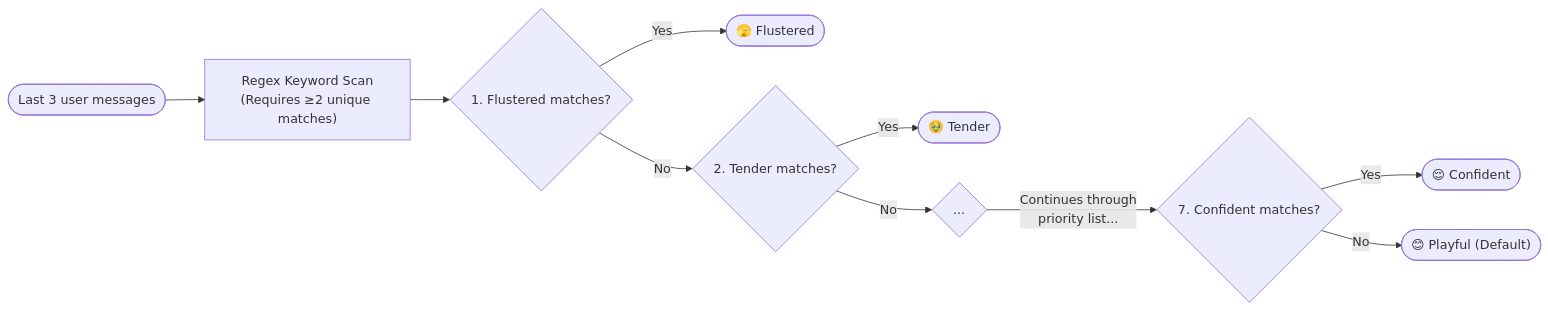
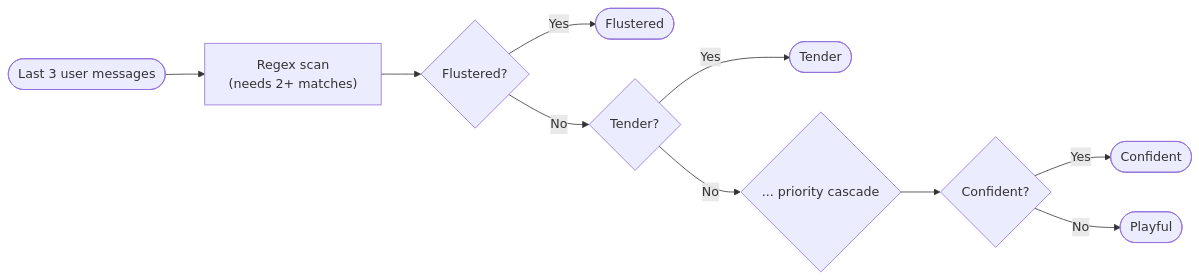
One commit to AlaskanTuna/rokabot changed the sixth of 6 diagrams in README.md. Above: the diagram before and after it, drawn with Mermaid. The commit also changed other lines of this file, not shown here.

Commit message:
docs: update README to reflect current ADK architecture and features

````diff
--- a/README.md
+++ b/README.md
@@ -166,16 +149,12 @@
 ```mermaid
 flowchart LR
-    Input(["Last 3 user messages"]) --> Scan["Regex Keyword Scan\n(Requires ≥2 unique matches)"]
-
-    Scan --> CheckFlustered{1. Flustered matches?}
-    CheckFlustered -->|Yes| RF([🫣 Flustered])
-    CheckFlustered -->|No| CheckTender{2. Tender matches?}
-
-    CheckTender -->|Yes| RT([🥹 Tender])
-    CheckTender -->|No| CheckNext{"..."}
-
-    CheckNext -->|Continues through\npriority list...| CheckConfident{7. Confident matches?}
-
-    CheckConfident -->|Yes| RCO([😌 Confident])
-    CheckConfident -->|No| Fallback(["😊 Playful (Default)"])
+    Input(["Last 3 user messages"]) --> Scan["Regex scan\n(needs 2+ matches)"]
+    Scan --> P1{Flustered?}
+    P1 -->|Yes| R1([Flustered])
+    P1 -->|No| P2{Tender?}
+    P2 -->|Yes| R2([Tender])
+    P2 -->|No| P3{... priority cascade}
+    P3 --> P7{Confident?}
+    P7 -->|Yes| R7([Confident])
+    P7 -->|No| Default([Playful])
 ```
````
